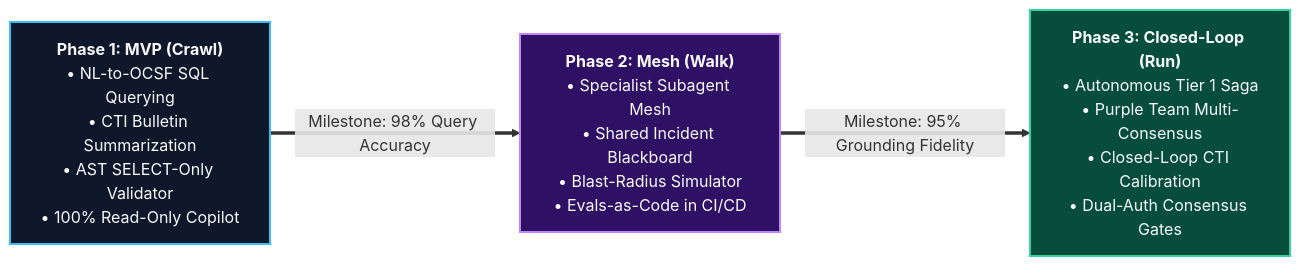
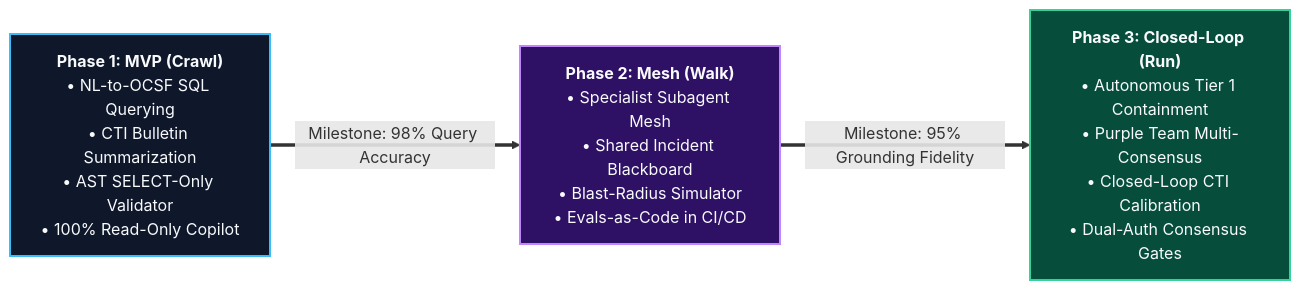
One commit to Haribu/TIDIR changed the sixth of 6 diagrams in docs/architecture/components/06-ai-orchestration.md. Above: the diagram before and after it, drawn with Mermaid. The commit also changed other lines of this file and 10 other files, not shown here.

Commit message:
refactor(diagrams): harmonize remaining component diagrams to monotonic containment

````diff
--- a/docs/architecture/components/06-ai-orchestration.md
+++ b/docs/architecture/components/06-ai-orchestration.md
@@ -347,13 +347,13 @@
 ```mermaid
 flowchart LR
   classDef crawl fill:#0f172a,stroke:#38bdf8,stroke-width:2px,color:#f8fafc;
   classDef walk fill:#2e1065,stroke:#c084fc,stroke-width:2px,color:#f8fafc;
   classDef run fill:#064e3b,stroke:#34d399,stroke-width:2px,color:#f8fafc;
 
   P1["<b>Phase 1: MVP (Crawl)</b><br>• NL-to-OCSF SQL Querying<br>• CTI Bulletin Summarization<br>• AST SELECT-Only Validator<br>• 100% Read-Only Copilot"]:::crawl
   P2["<b>Phase 2: Mesh (Walk)</b><br>• Specialist Subagent Mesh<br>• Shared Incident Blackboard<br>• Blast-Radius Simulator<br>• Evals-as-Code in CI/CD"]:::walk
-  P3["<b>Phase 3: Closed-Loop (Run)</b><br>• Autonomous Tier 1 Saga<br>• Purple Team Multi-Consensus<br>• Closed-Loop CTI Calibration<br>• Dual-Auth Consensus Gates"]:::run
+  P3["<b>Phase 3: Closed-Loop (Run)</b><br>• Autonomous Tier 1 Containment<br>• Purple Team Multi-Consensus<br>• Closed-Loop CTI Calibration<br>• Dual-Auth Consensus Gates"]:::run
 
   P1 ==>|Milestone: 98% Query Accuracy| P2
   P2 ==>|Milestone: 95% Grounding Fidelity| P3
 ```
````
